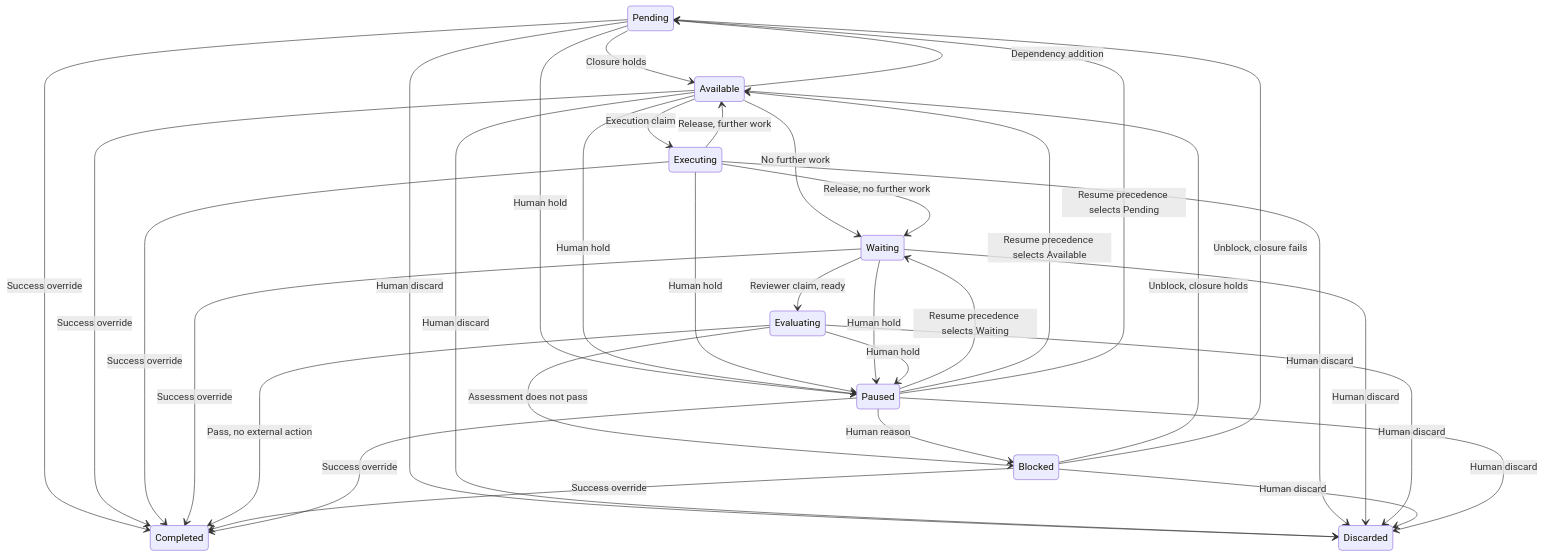
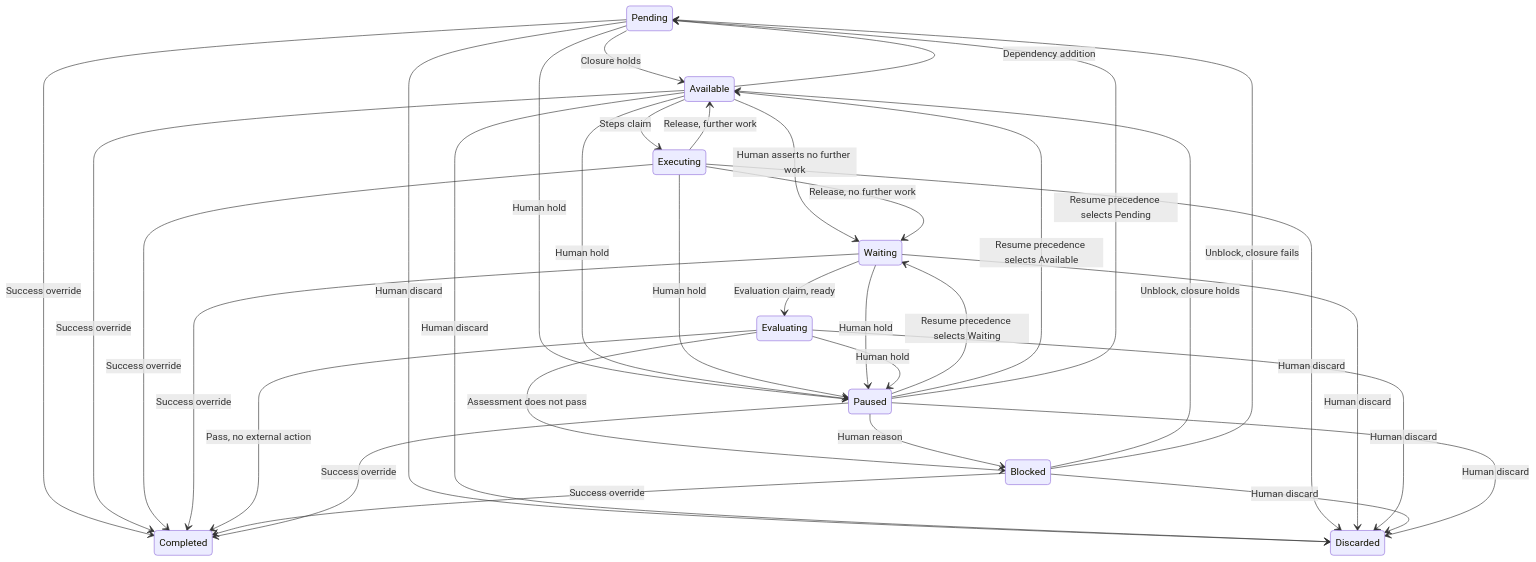
Before and after one commit to kanthorlabs/kanthord: the first of 2 diagrams in docs/mission-service.md, drawn with Mermaid. The commit also changed other lines of this file and 10 other files, not shown here.

````diff
--- a/docs/mission-service.md
+++ b/docs/mission-service.md
@@ -534,36 +534,36 @@
 ```mermaid
 stateDiagram-v2
     Pending --> Available: Closure holds
     Pending --> Paused: Human hold
     Pending --> Completed: Success override
     Pending --> Discarded: Human discard
-    Available --> Executing: Execution claim
-    Available --> Waiting: No further work
+    Available --> Executing: Steps claim
+    Available --> Waiting: Human asserts no further work
     Available --> Pending: Dependency addition
     Available --> Paused: Human hold
     Available --> Completed: Success override
     Available --> Discarded: Human discard
     Executing --> Waiting: Release, no further work
     Executing --> Available: Release, further work
     Executing --> Paused: Human hold
     Executing --> Completed: Success override
     Executing --> Discarded: Human discard
-    Waiting --> Evaluating: Reviewer claim, ready
+    Waiting --> Evaluating: Evaluation claim, ready
     Waiting --> Paused: Human hold
     Waiting --> Completed: Success override
     Waiting --> Discarded: Human discard
     Evaluating --> Completed: Pass, no external action
     Evaluating --> Blocked: Assessment does not pass
     Evaluating --> Paused: Human hold
     Evaluating --> Discarded: Human discard
     Blocked --> Available: Unblock, closure holds
     Blocked --> Pending: Unblock, closure fails
     Blocked --> Completed: Success override
     Blocked --> Discarded: Human discard
     Paused --> Waiting: Resume precedence selects Waiting
     Paused --> Available: Resume precedence selects Available
     Paused --> Pending: Resume precedence selects Pending
     Paused --> Blocked: Human reason
     Paused --> Completed: Success override
     Paused --> Discarded: Human discard
 ```
````
